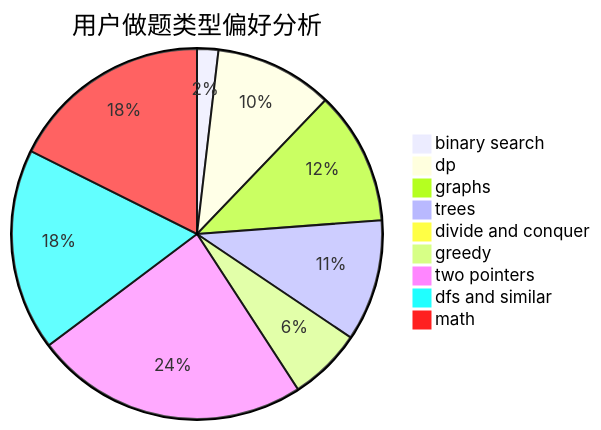
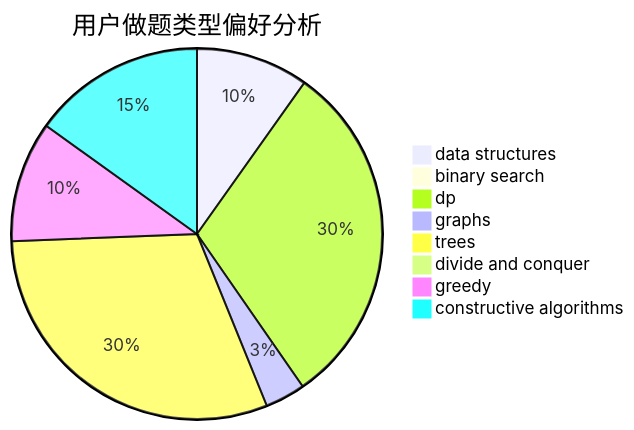
One commit to sherpahu/cfrs.github.io changed the second of 3 diagrams in docs/user/u1484.md. Above: the diagram before and after it, drawn with Mermaid. The commit also changed other lines of this file and 2775 other files, not shown here.

````diff
--- a/docs/user/u1484.md
+++ b/docs/user/u1484.md
@@ -23,12 +23,11 @@
 ```mermaid
 pie title 用户做题类型偏好分析
-    "binary search" :  18
-    "dp" :  100
-    "graphs" :  113
-    "trees" :  103
+    "data structures" :  28
+    "binary search" :  1
+    "dp" :  87
+    "graphs" :  10
+    "trees" :  87
     "divide and conquer" :  0
-    "greedy" :  62
-    "two pointers" :  232
-    "dfs and similar" :  171
-    "math" :  171
+    "greedy" :  30
+    "constructive algorithms" :  43
 ```
````
